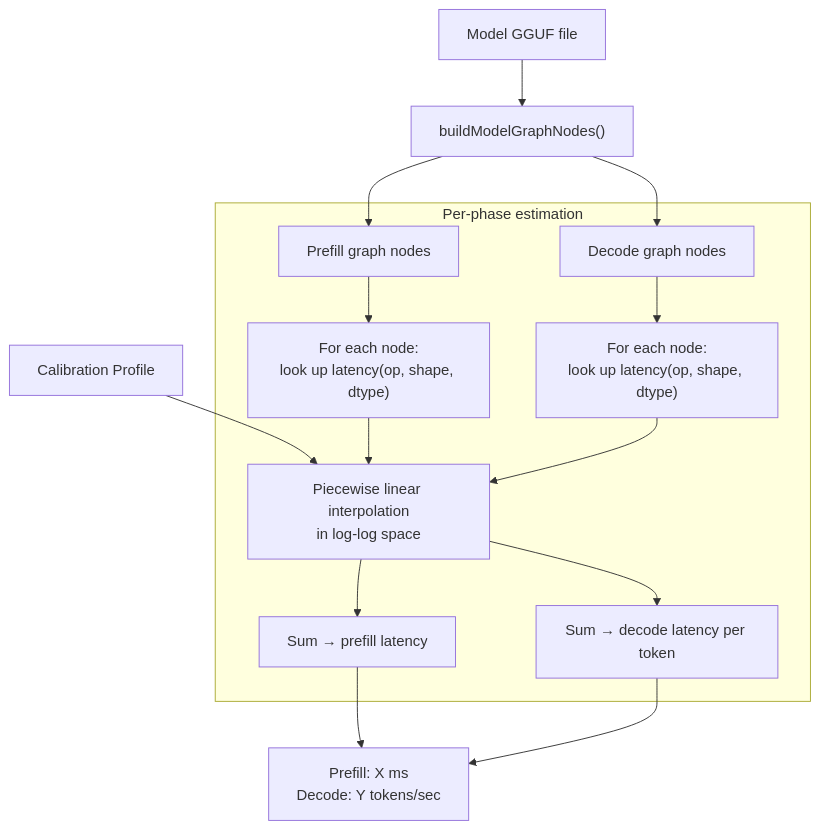
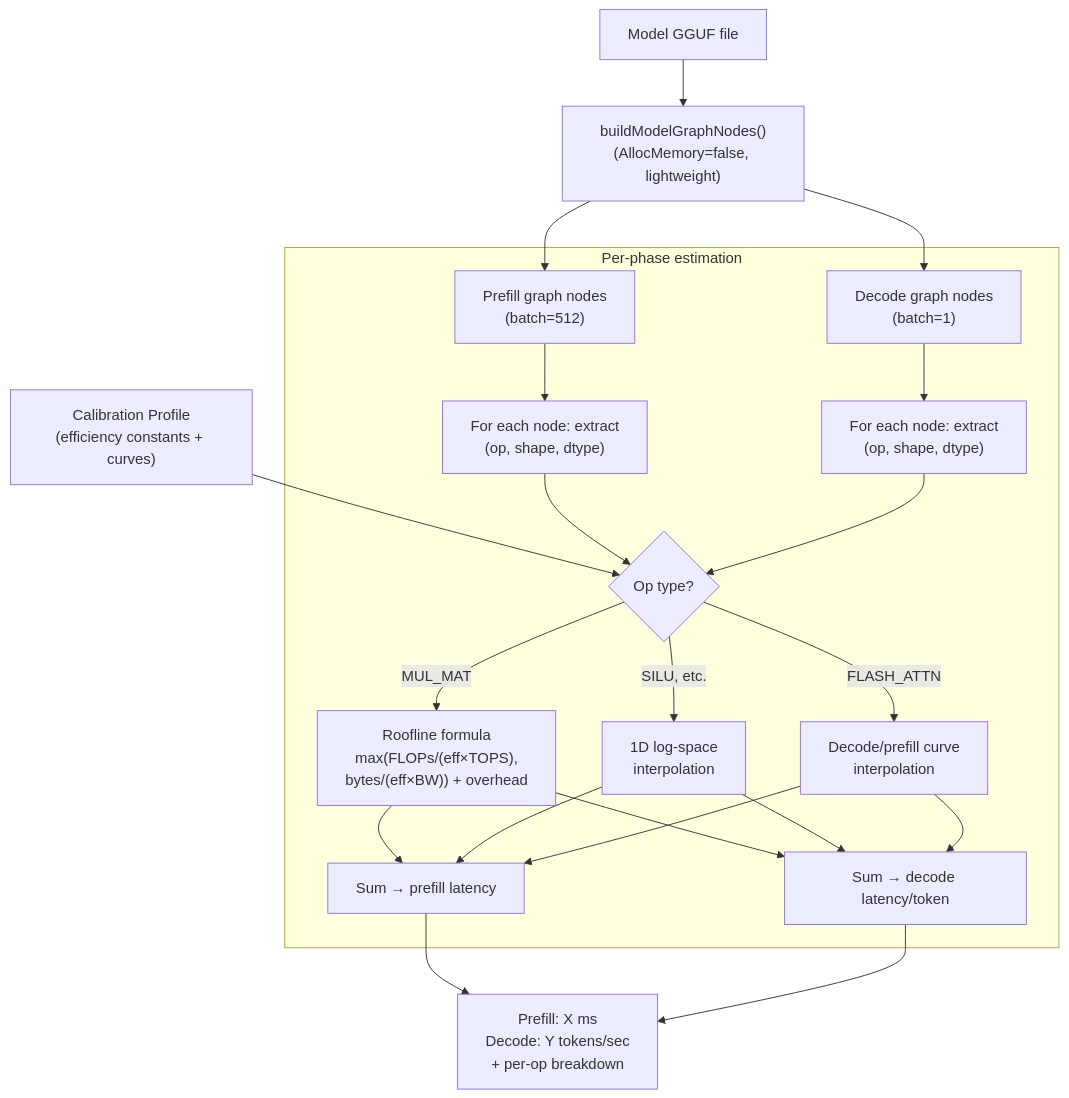
Before and after one commit to jonathanding/ollama: the seventh of 7 diagrams in docs/daop/design.md, drawn with Mermaid. The commit also changed other lines of this file and 1 other file, not shown here.

First line of the commit message:
docs: rewrite DAOP design docs with full reasoning chain and Mermaid diagrams

````diff
--- a/docs/daop/design.md
+++ b/docs/daop/design.md
@@ -462,20 +751,27 @@
 ```mermaid
 flowchart TB
-    Model["Model GGUF file"] --> BMG["buildModelGraphNodes()"]
-    BMG --> PNodes["Prefill graph nodes"]
-    BMG --> DNodes["Decode graph nodes"]
-    Profile["Calibration Profile"] --> Lookup
+    Model["Model GGUF file"] --> BMG["buildModelGraphNodes()<br/>(AllocMemory=false, lightweight)"]
+    BMG --> PNodes["Prefill graph nodes<br/>(batch=512)"]
+    BMG --> DNodes["Decode graph nodes<br/>(batch=1)"]
+    Profile["Calibration Profile<br/>(efficiency constants + curves)"] --> Lookup
 
     subgraph Estimate ["Per-phase estimation"]
-        PNodes --> ForEach1["For each node:<br/>look up latency(op, shape, dtype)"]
-        DNodes --> ForEach2["For each node:<br/>look up latency(op, shape, dtype)"]
+        PNodes --> ForEach1["For each node: extract<br/>(op, shape, dtype)"]
+        DNodes --> ForEach2["For each node: extract<br/>(op, shape, dtype)"]
         ForEach1 --> Lookup
         ForEach2 --> Lookup
-        Lookup["Piecewise linear interpolation<br/>in log-log space"]
-        Lookup --> SumP["Sum → prefill latency"]
-        Lookup --> SumD["Sum → decode latency per token"]
+        Lookup{Op type?}
+        Lookup -->|"MUL_MAT"| Roofline["Roofline formula<br/>max(FLOPs/(eff×TOPS),<br/>bytes/(eff×BW)) + overhead"]
+        Lookup -->|"SILU, etc."| Interp1D["1D log-space<br/>interpolation"]
+        Lookup -->|"FLASH_ATTN"| InterpFA["Decode/prefill curve<br/>interpolation"]
+        Roofline --> SumP["Sum → prefill latency"]
+        Roofline --> SumD["Sum → decode latency/token"]
+        Interp1D --> SumP
+        Interp1D --> SumD
+        InterpFA --> SumP
+        InterpFA --> SumD
     end
 
-    SumP --> Result["Prefill: X ms<br/>Decode: Y tokens/sec"]
+    SumP --> Result["Prefill: X ms<br/>Decode: Y tokens/sec<br/>+ per-op breakdown"]
     SumD --> Result
 ```
````
